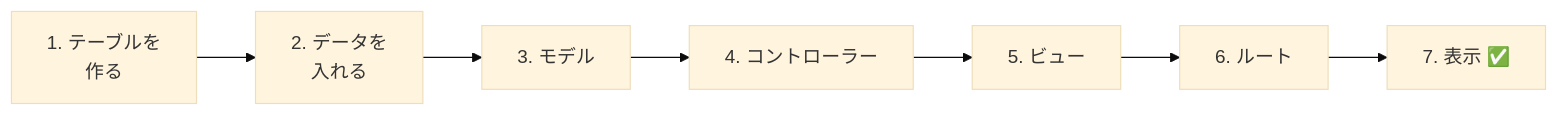
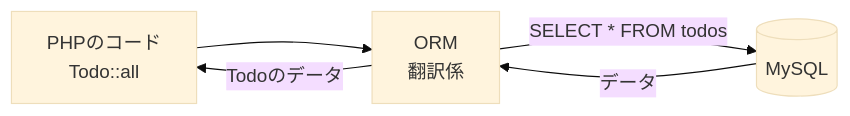
The fifth of 6 diagrams in docs/1年生_データ設計とアプリ開発/後期/20261015/20261015_資料_1.md (hakobunet/iica-koyama), drawn with Mermaid (base theme) before and after one commit. The commit also changed other lines of this file and 1 other file, not shown here.

Commit message:
docs: 10/15のLaravel入門資料をMVCのしくみとTodo一覧の作成に分け、図解を追加

````diff
--- a/docs/1年生_データ設計とアプリ開発/後期/20261015/20261015_資料_1.md
+++ b/docs/1年生_データ設計とアプリ開発/後期/20261015/20261015_資料_1.md
@@ -120,4 +158,7 @@
 ```mermaid
 graph LR
-    A[1. テーブルを<br>作る] --> B[2. データを<br>入れる] --> C[3. モデル] --> D[4. コントローラー] --> E[5. ビュー] --> F[6. ルート] --> G[7. 表示 ✅]
+    A[PHPのコード<br>Todo::all] --> O[ORM<br>翻訳係]
+    O -->|SELECT * FROM todos| D[(MySQL)]
+    D -->|データ| O
+    O -->|Todoのデータ| A
 ```
````
